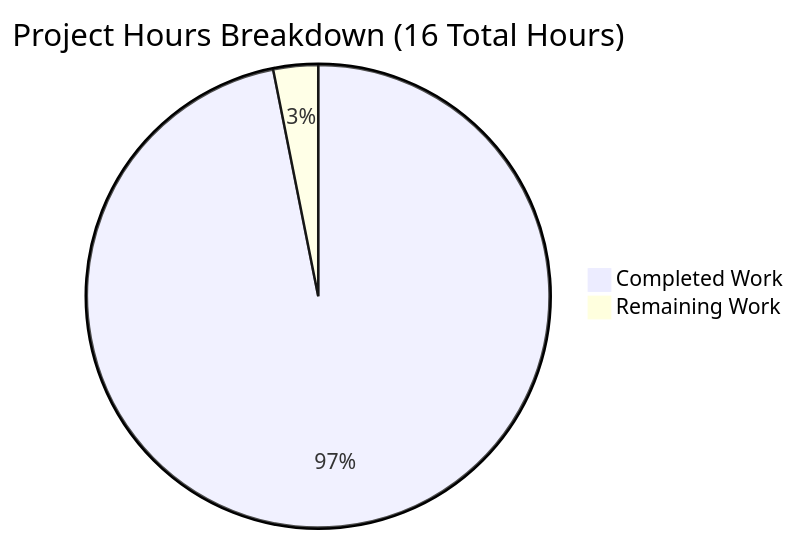
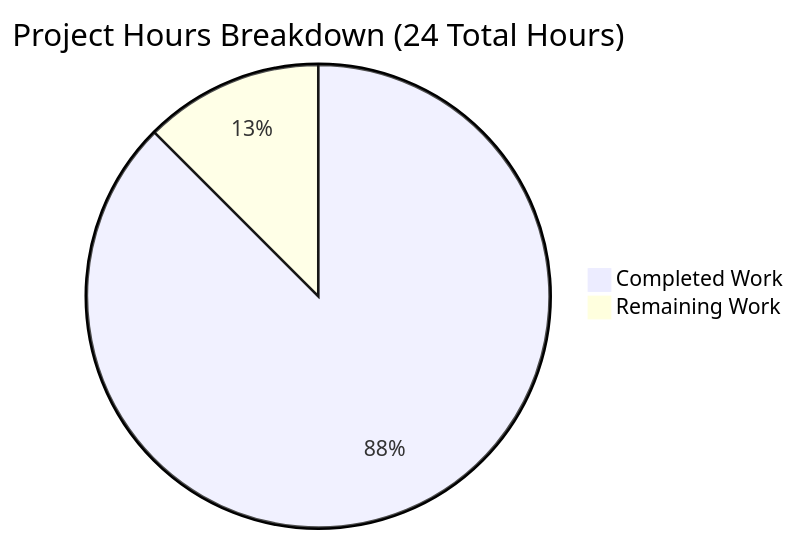
The diagram in blitzy/documentation/Project Guide.md (blitzytest02/Nov18_12), drawn with Mermaid before and after one commit. The commit also changed other lines of this file, not shown here.

Commit message:
Adding Blitzy Project Guide: Project Status and Human Tasks Remaining

````diff
--- a/blitzy/documentation/Project Guide.md
+++ b/blitzy/documentation/Project Guide.md
@@ -149,5 +54,5 @@
 ```mermaid
-pie title Project Hours Breakdown (16 Total Hours)
-    "Completed Work" : 15.5
-    "Remaining Work" : 0.5
+pie title Project Hours Breakdown (24 Total Hours)
+    "Completed Work" : 21
+    "Remaining Work" : 3
 ```
````
